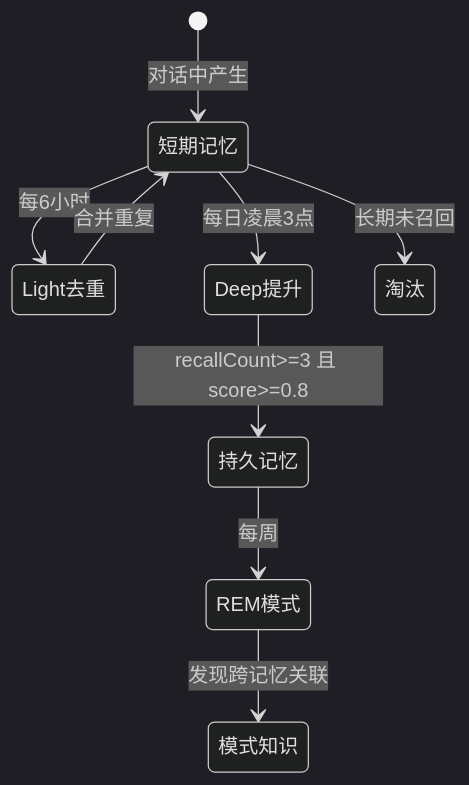
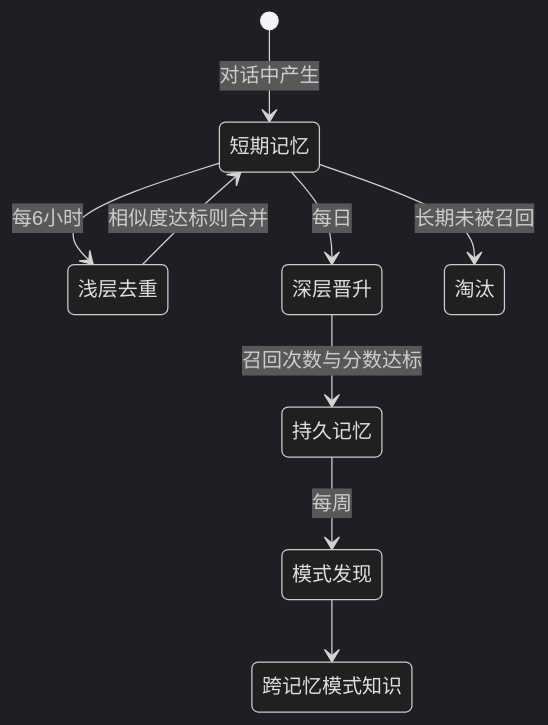
Before and after one commit to MKEy777/agent: the first of 3 diagrams in docs/openclaw/06-memory.md, drawn with Mermaid (dark theme). The commit also changed other lines of this file and 114 other files, not shown here.

First line of the commit message:
Add comprehensive documentation for Agent architecture and protocols

````diff
--- a/docs/openclaw/06-memory.md
+++ b/docs/openclaw/06-memory.md
@@ -36,11 +29,11 @@
 ```mermaid
 stateDiagram-v2
     [*] --> 短期记忆: 对话中产生
-    短期记忆 --> Light去重: 每6小时
-    Light去重 --> 短期记忆: 合并重复
-    短期记忆 --> Deep提升: 每日凌晨3点
-    Deep提升 --> 持久记忆: recallCount>=3 且 score>=0.8
-    持久记忆 --> REM模式: 每周
-    REM模式 --> 模式知识: 发现跨记忆关联
-    短期记忆 --> 淘汰: 长期未召回
+    短期记忆 --> 浅层去重: 每6小时
+    浅层去重 --> 短期记忆: 相似度达标则合并
+    短期记忆 --> 深层晋升: 每日
+    深层晋升 --> 持久记忆: 召回次数与分数达标
+    持久记忆 --> 模式发现: 每周
+    模式发现 --> 跨记忆模式知识
+    短期记忆 --> 淘汰: 长期未被召回
 ```
````
